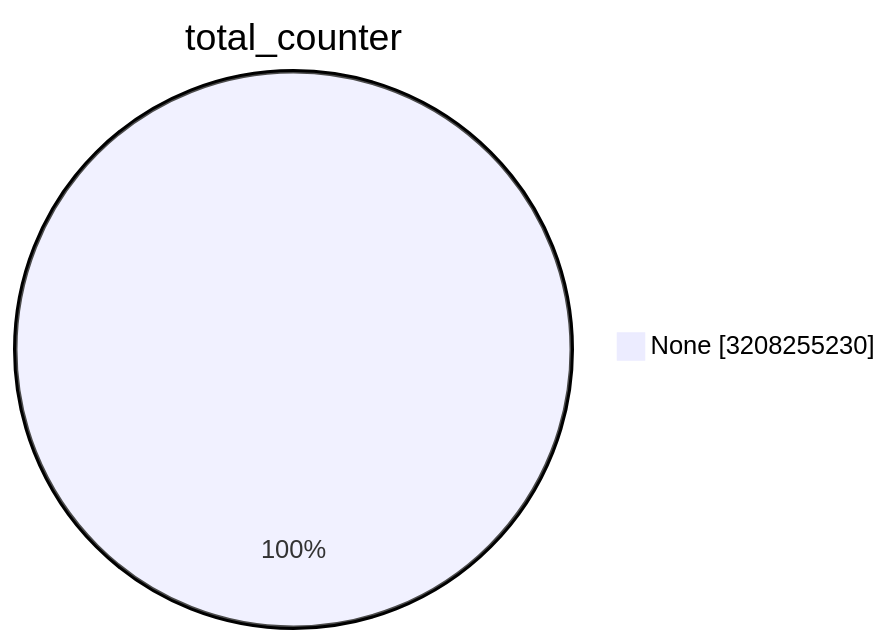
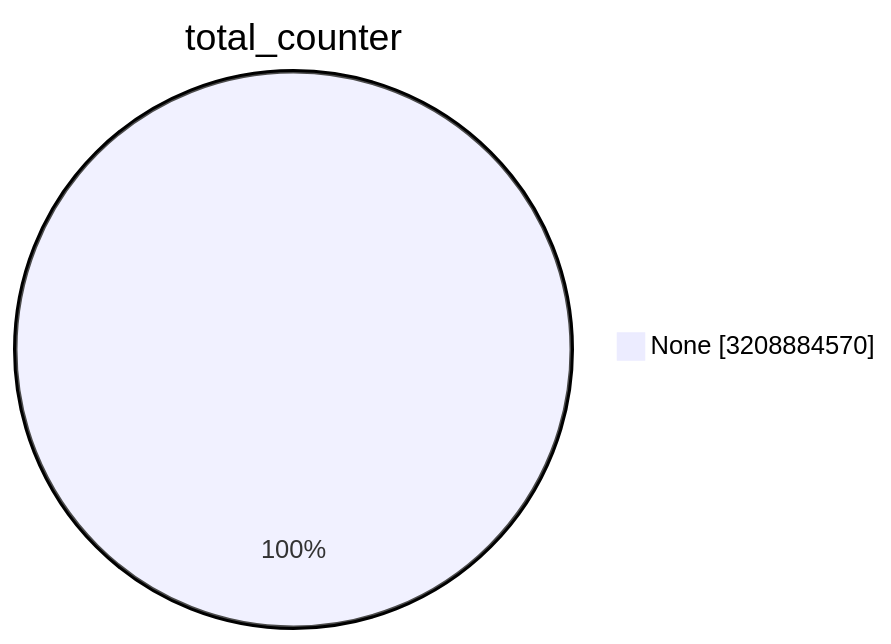
Before and after one commit to christiankrug/ctmonitor_visualization: the first of 15 diagrams in TOTAL/README.md, drawn with Mermaid. The commit also changed other lines of this file, not shown here.

````diff
--- a/TOTAL/README.md
+++ b/TOTAL/README.md
@@ -1,5 +1,5 @@
 ```mermaid
 pie showData
 title total_counter
-"None" :3208255230
+"None" :3208884570
 ```
````
